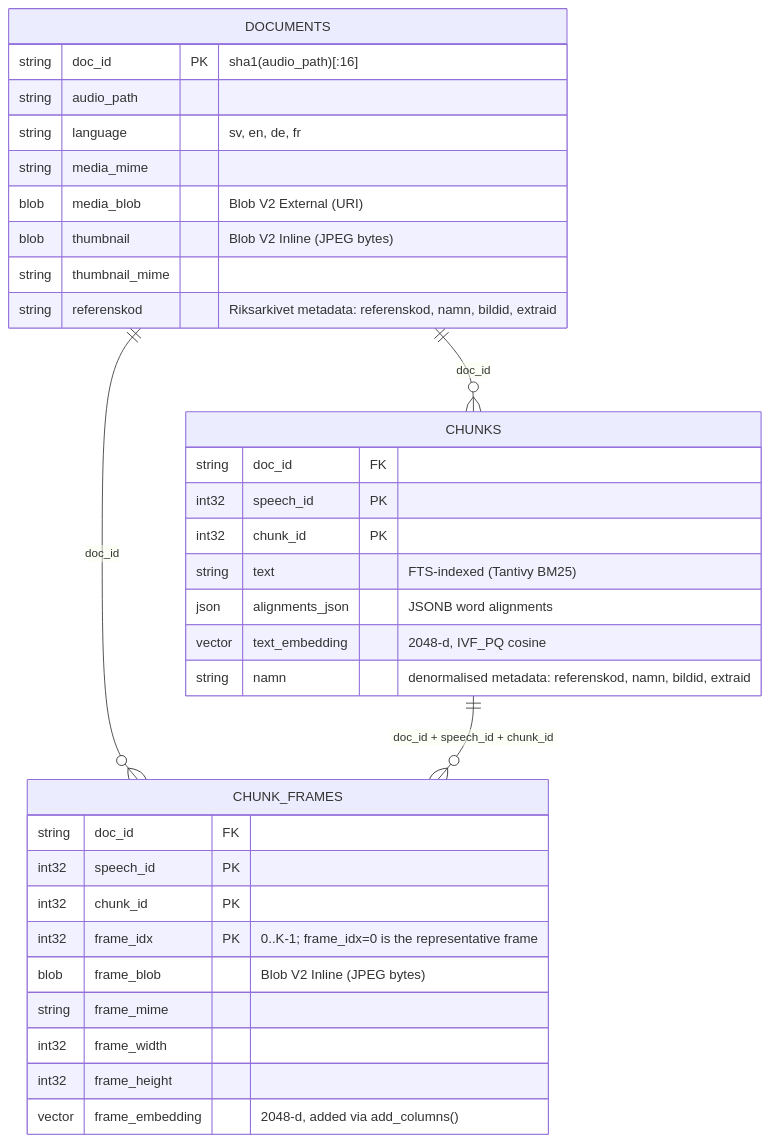
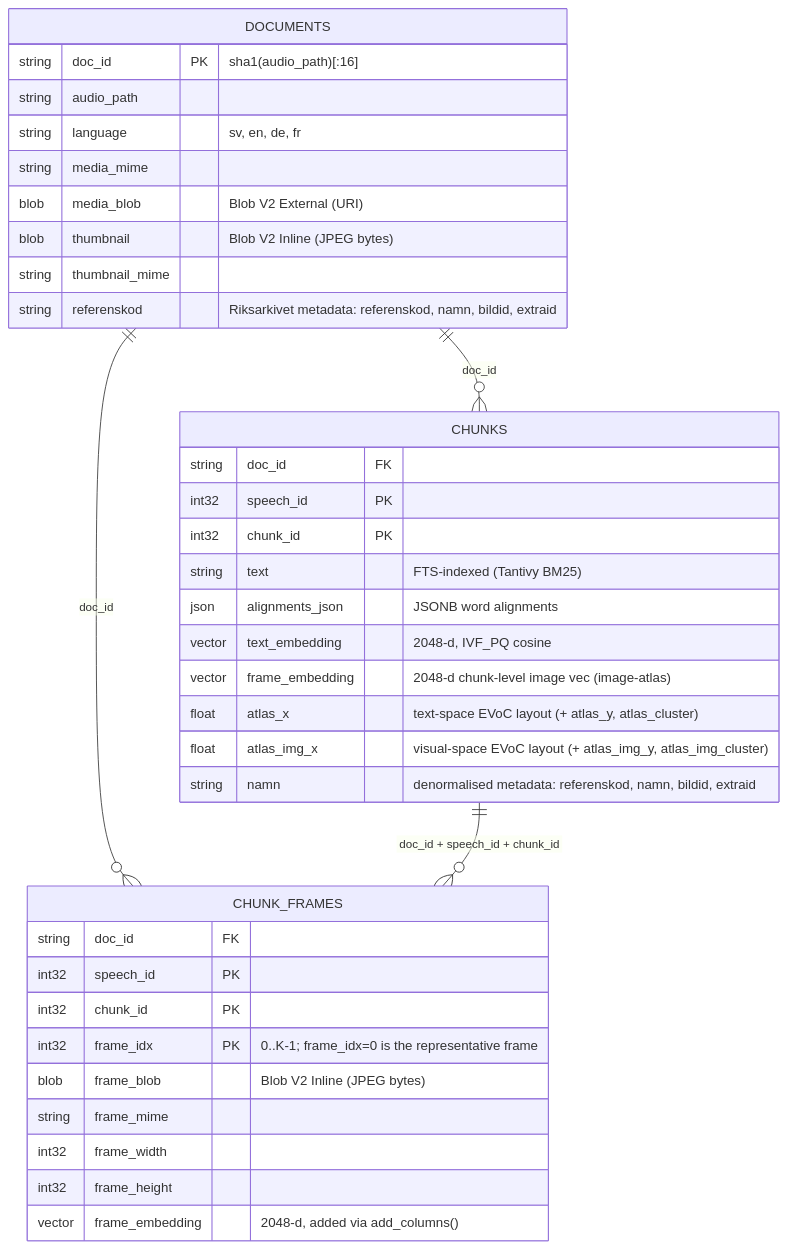
One commit to Borg93/lance-audio-demo changed the first of 3 diagrams in docs/STORAGE.md. Above: the diagram before and after it, drawn with Mermaid. The commit also changed other lines of this file and 29 other files, not shown here.

First line of the commit message:
Embedding Atlas: WebGPU scatter, EVōC text+visual projections, cross-filter

````diff
--- a/docs/STORAGE.md
+++ b/docs/STORAGE.md
@@ -36,39 +36,42 @@
 ```mermaid
 erDiagram
     DOCUMENTS ||--o{ CHUNKS : "doc_id"
     DOCUMENTS ||--o{ CHUNK_FRAMES : "doc_id"
     CHUNKS ||--o{ CHUNK_FRAMES : "doc_id + speech_id + chunk_id"
 
     DOCUMENTS {
         string doc_id PK "sha1(audio_path)[:16]"
         string audio_path
         string language "sv, en, de, fr"
         string media_mime
         blob media_blob "Blob V2 External (URI)"
         blob thumbnail "Blob V2 Inline (JPEG bytes)"
         string thumbnail_mime
         string referenskod "Riksarkivet metadata: referenskod, namn, bildid, extraid"
     }
 
     CHUNKS {
         string doc_id FK
         int32 speech_id PK
         int32 chunk_id PK
         string text "FTS-indexed (Tantivy BM25)"
         json alignments_json "JSONB word alignments"
         vector text_embedding "2048-d, IVF_PQ cosine"
+        vector frame_embedding "2048-d chunk-level image vec (image-atlas)"
+        float atlas_x "text-space EVoC layout (+ atlas_y, atlas_cluster)"
+        float atlas_img_x "visual-space EVoC layout (+ atlas_img_y, atlas_img_cluster)"
         string namn "denormalised metadata: referenskod, namn, bildid, extraid"
     }
 
     CHUNK_FRAMES {
         string doc_id FK
         int32 speech_id PK
         int32 chunk_id PK
         int32 frame_idx PK "0..K-1; frame_idx=0 is the representative frame"
         blob frame_blob "Blob V2 Inline (JPEG bytes)"
         string frame_mime
         int32 frame_width
         int32 frame_height
         vector frame_embedding "2048-d, added via add_columns()"
     }
 ```
````
